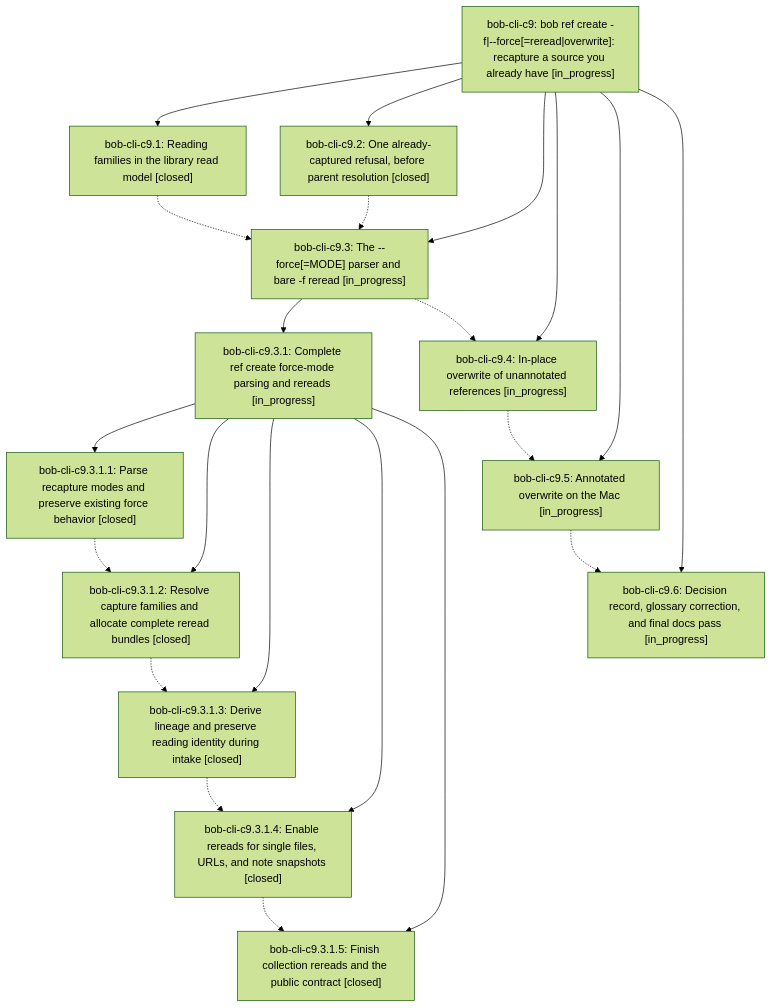
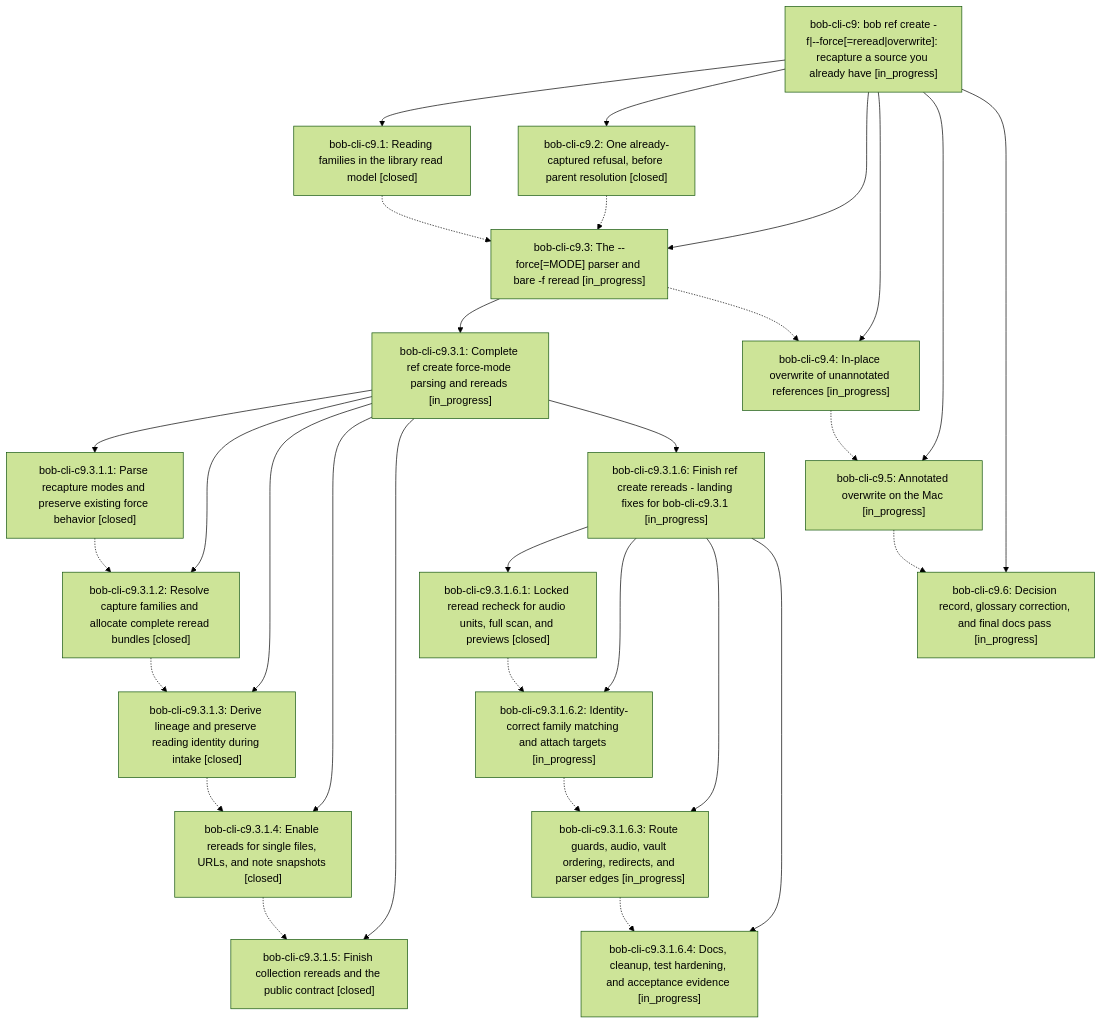
One commit to bobs-org/bob-cli--beads changed the diagram in pages/bob-cli-c9/README.md. Above: the diagram before and after it, drawn with Mermaid (forest theme). The commit also changed other lines of this file and 7 other files, not shown here.

First line of the commit message:
chore(beads): sync bead state and pages for bob-cli-c9

````diff
--- a/pages/bob-cli-c9/README.md
+++ b/pages/bob-cli-c9/README.md
@@ -41,37 +41,50 @@
 ```mermaid
 flowchart TD
     n0["bob-cli-c9: bob ref create -f|--force[=reread|overwrite]: recapture a source you already have [in_progress]"]
     n1["bob-cli-c9.1: Reading families in the library read model [closed]"]
     n2["bob-cli-c9.2: One already-captured refusal, before parent resolution [closed]"]
     n3["bob-cli-c9.3: The --force[=MODE] parser and bare -f reread [in_progress]"]
     n4["bob-cli-c9.3.1: Complete ref create force-mode parsing and rereads [in_progress]"]
     n5["bob-cli-c9.3.1.1: Parse recapture modes and preserve existing force behavior [closed]"]
     n6["bob-cli-c9.3.1.2: Resolve capture families and allocate complete reread bundles [closed]"]
     n7["bob-cli-c9.3.1.3: Derive lineage and preserve reading identity during intake [closed]"]
     n8["bob-cli-c9.3.1.4: Enable rereads for single files, URLs, and note snapshots [closed]"]
     n9["bob-cli-c9.3.1.5: Finish collection rereads and the public contract [closed]"]
-    n10["bob-cli-c9.4: In-place overwrite of unannotated references [in_progress]"]
-    n11["bob-cli-c9.5: Annotated overwrite on the Mac [in_progress]"]
-    n12["bob-cli-c9.6: Decision record, glossary correction, and final docs pass [in_progress]"]
+    n10["bob-cli-c9.3.1.6: Finish ref create rereads - landing fixes for bob-cli-c9.3.1 [in_progress]"]
+    n11["bob-cli-c9.3.1.6.1: Locked reread recheck for audio units, full scan, and previews [closed]"]
+    n12["bob-cli-c9.3.1.6.2: Identity-correct family matching and attach targets [in_progress]"]
+    n13["bob-cli-c9.3.1.6.3: Route guards, audio, vault ordering, redirects, and parser edges [in_progress]"]
+    n14["bob-cli-c9.3.1.6.4: Docs, cleanup, test hardening, and acceptance evidence [in_progress]"]
+    n15["bob-cli-c9.4: In-place overwrite of unannotated references [in_progress]"]
+    n16["bob-cli-c9.5: Annotated overwrite on the Mac [in_progress]"]
+    n17["bob-cli-c9.6: Decision record, glossary correction, and final docs pass [in_progress]"]
     n0 --> n1
     n0 --> n2
     n0 --> n3
     n3 --> n4
     n4 --> n5
     n4 --> n6
     n4 --> n7
     n4 --> n8
     n4 --> n9
-    n0 --> n10
-    n0 --> n11
-    n0 --> n12
+    n4 --> n10
+    n10 --> n11
+    n10 --> n12
+    n10 --> n13
+    n10 --> n14
+    n0 --> n15
+    n0 --> n16
+    n0 --> n17
     n1 -.-> n3
     n2 -.-> n3
-    n3 -.-> n10
+    n3 -.-> n15
     n5 -.-> n6
     n6 -.-> n7
     n7 -.-> n8
     n8 -.-> n9
-    n10 -.-> n11
     n11 -.-> n12
+    n12 -.-> n13
+    n13 -.-> n14
+    n15 -.-> n16
+    n16 -.-> n17
 ```
````
